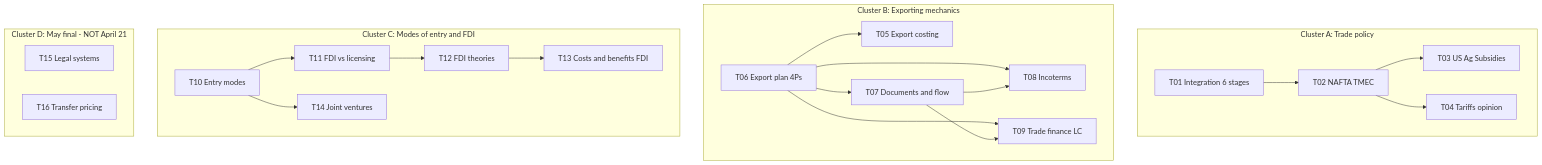
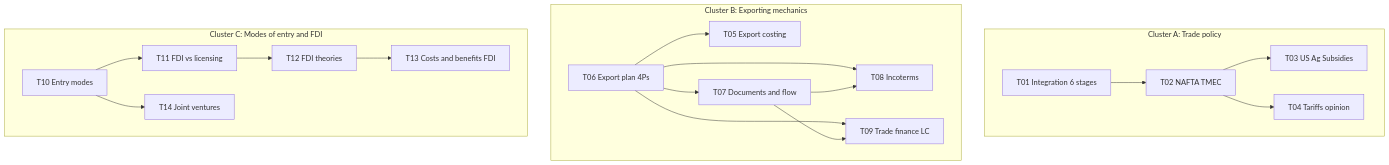
Before and after one commit to AleksiVirkkala/ADM-11013-Partial-Exam-2-Preparation: the diagram in 00 - Master Study Map.md, drawn with Mermaid. The commit also changed other lines of this file and 15 other files, not shown here.

````diff
--- a/00 - Master Study Map.md
+++ b/00 - Master Study Map.md
@@ -93,41 +81,37 @@
 ```mermaid
 flowchart TD
     subgraph A [Cluster A: Trade policy]
         T01[T01 Integration 6 stages]
         T02[T02 NAFTA TMEC]
         T03[T03 US Ag Subsidies]
         T04[T04 Tariffs opinion]
     end
     subgraph B [Cluster B: Exporting mechanics]
         T05[T05 Export costing]
         T06[T06 Export plan 4Ps]
         T07[T07 Documents and flow]
         T08[T08 Incoterms]
         T09[T09 Trade finance LC]
     end
     subgraph C [Cluster C: Modes of entry and FDI]
         T10[T10 Entry modes]
         T11[T11 FDI vs licensing]
         T12[T12 FDI theories]
         T13[T13 Costs and benefits FDI]
         T14[T14 Joint ventures]
     end
-    subgraph D [Cluster D: May final - NOT April 21]
-        T15[T15 Legal systems]
-        T16[T16 Transfer pricing]
-    end
 
     T01 --> T02
     T02 --> T03
     T02 --> T04
     T06 --> T05
     T06 --> T07
     T06 --> T08
     T06 --> T09
     T07 --> T08
     T07 --> T09
     T10 --> T11
     T10 --> T14
     T11 --> T12
     T12 --> T13
 ```
````
